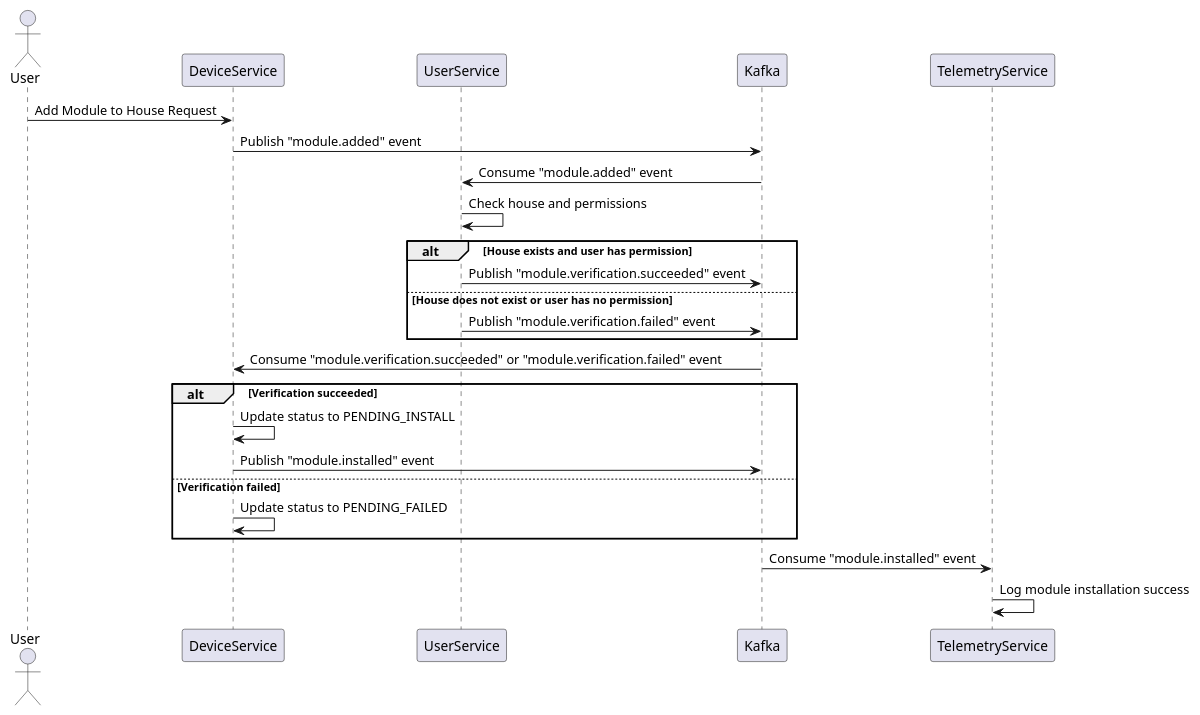
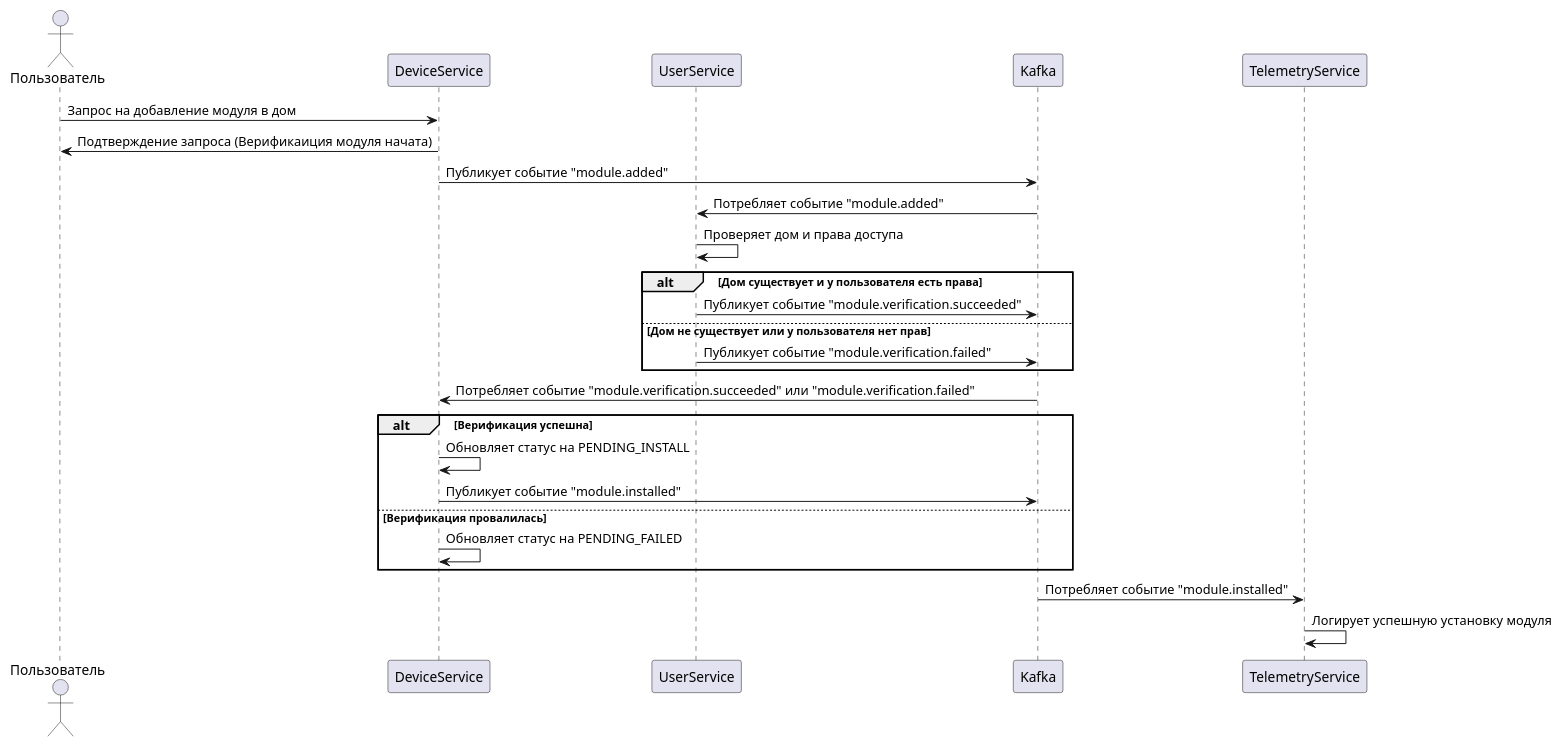
Before and after one commit to baydinvladislav/architecture-sprint-3: the diagram in smart-home-monolith/diagrams/ModuleInstallation_Saga.puml, drawn with PlantUML.

Commit message:
device service async response to user

```diff
--- a/smart-home-monolith/diagrams/ModuleInstallation_Saga.puml
+++ b/smart-home-monolith/diagrams/ModuleInstallation_Saga.puml
@@ -1,32 +1,33 @@
 @startuml
 
-actor User
+actor Пользователь
 
 participant DeviceService
 participant UserService
 participant Kafka
 participant TelemetryService
 
-User -> DeviceService: Add Module to House Request
-DeviceService -> Kafka: Publish "module.added" event
+Пользователь -> DeviceService: Запрос на добавление модуля в дом
+DeviceService -> Пользователь: Подтверждение запроса (Верификаиция модуля начата)
+DeviceService -> Kafka: Публикует событие "module.added"
 
-Kafka -> UserService: Consume "module.added" event
-UserService -> UserService: Check house and permissions
-alt House exists and user has permission
-    UserService -> Kafka: Publish "module.verification.succeeded" event
-else House does not exist or user has no permission
-    UserService -> Kafka: Publish "module.verification.failed" event
+Kafka -> UserService: Потребляет событие "module.added"
+UserService -> UserService: Проверяет дом и права доступа
+alt Дом существует и у пользователя есть права
+    UserService -> Kafka: Публикует событие "module.verification.succeeded"
+else Дом не существует или у пользователя нет прав
+    UserService -> Kafka: Публикует событие "module.verification.failed"
 end
 
-Kafka -> DeviceService: Consume "module.verification.succeeded" or "module.verification.failed" event
-alt Verification succeeded
-    DeviceService -> DeviceService: Update status to PENDING_INSTALL
-    DeviceService -> Kafka: Publish "module.installed" event
-else Verification failed
-    DeviceService -> DeviceService: Update status to PENDING_FAILED
+Kafka -> DeviceService: Потребляет событие "module.verification.succeeded" или "module.verification.failed"
+alt Верификация успешна
+    DeviceService -> DeviceService: Обновляет статус на PENDING_INSTALL
+    DeviceService -> Kafka: Публикует событие "module.installed"
+else Верификация провалилась
+    DeviceService -> DeviceService: Обновляет статус на PENDING_FAILED
 end
 
-Kafka -> TelemetryService: Consume "module.installed" event
-TelemetryService -> TelemetryService: Log module installation success
+Kafka -> TelemetryService: Потребляет событие "module.installed"
+TelemetryService -> TelemetryService: Логирует успешную установку модуля
 
 @enduml
```
